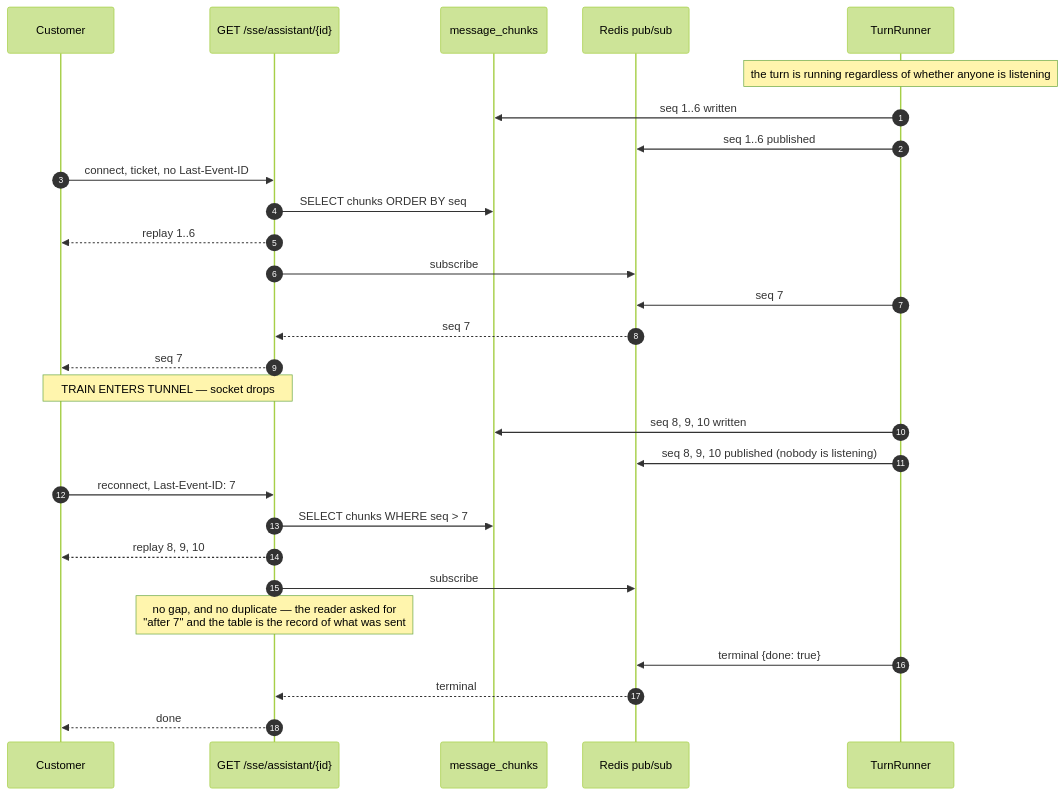
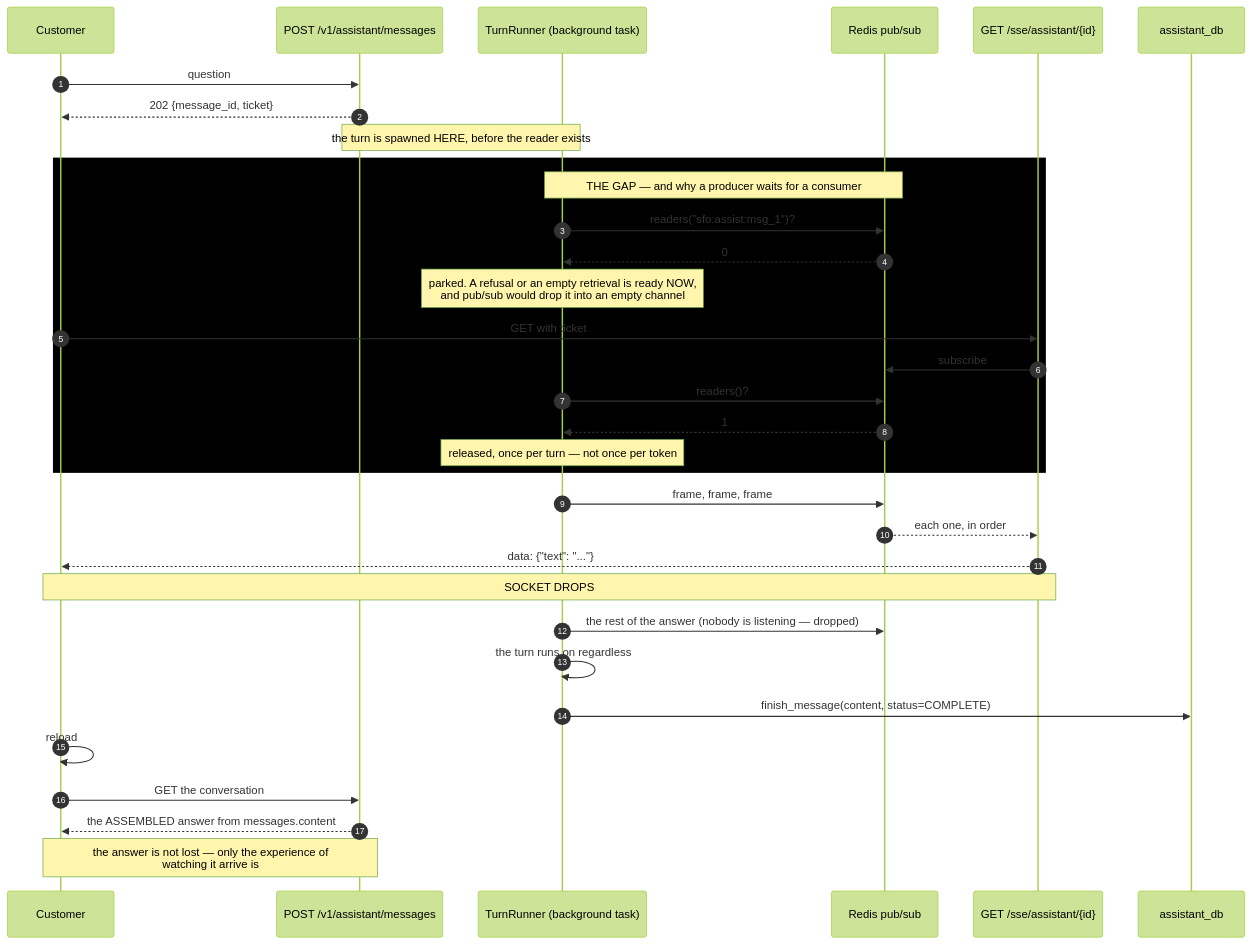
Diagram 21 of 21 in docs/flows.md (Aizazahmed-7/SmartFoodOps), drawn with Mermaid (forest theme) before and after one commit. The commit also changed other lines of this file and 26 other files, not shown here.

Commit message:
remove message_chunk table

````diff
--- a/docs/flows.md
+++ b/docs/flows.md
@@ -1190,34 +1192,40 @@
 ```mermaid
 sequenceDiagram
     autonumber
     participant C as Customer
+    participant API as POST /v1/assistant/messages
+    participant T as TurnRunner (background task)
+    participant BUS as Redis pub/sub
     participant SSE as GET /sse/assistant/{id}
-    participant DB as message_chunks
-    participant BUS as Redis pub/sub
-    participant T as TurnRunner
+    participant DB as assistant_db
 
-    Note over T: the turn is running regardless of whether anyone is listening
-    T->>DB: seq 1..6 written
-    T->>BUS: seq 1..6 published
+    C->>API: question
+    API-->>C: 202 {message_id, ticket}
+    Note over API,T: the turn is spawned HERE, before the reader exists
 
-    C->>SSE: connect, ticket, no Last-Event-ID
-    SSE->>DB: SELECT chunks ORDER BY seq
-    SSE-->>C: replay 1..6
-    SSE->>BUS: subscribe
-    T->>BUS: seq 7
-    BUS-->>SSE: seq 7
-    SSE-->>C: seq 7
+    rect rgb(0,0,0)
+        Note over T,BUS: THE GAP — and why a producer waits for a consumer
+        T->>BUS: readers("sfo:assist:msg_1")?
+        BUS-->>T: 0
+        Note over T: parked. A refusal or an empty retrieval is ready NOW,<br/>and pub/sub would drop it into an empty channel
+        C->>SSE: GET with ticket
+        SSE->>BUS: subscribe
+        T->>BUS: readers()?
+        BUS-->>T: 1
+        Note over T: released, once per turn — not once per token
+    end
 
-    Note over C,SSE: TRAIN ENTERS TUNNEL — socket drops
-    T->>DB: seq 8, 9, 10 written
-    T->>BUS: seq 8, 9, 10 published (nobody is listening)
+    T->>BUS: frame, frame, frame
+    BUS-->>SSE: each one, in order
+    SSE-->>C: data: {"text": "..."}
 
-    C->>SSE: reconnect, Last-Event-ID: 7
-    SSE->>DB: SELECT chunks WHERE seq > 7
-    SSE-->>C: replay 8, 9, 10
-    SSE->>BUS: subscribe
-    Note over SSE: no gap, and no duplicate — the reader asked for<br/>"after 7" and the table is the record of what was sent
-    T->>BUS: terminal {done: true}
-    BUS-->>SSE: terminal
-    SSE-->>C: done
+    Note over C,SSE: SOCKET DROPS
+    T->>BUS: the rest of the answer (nobody is listening — dropped)
+    T->>T: the turn runs on regardless
+    T->>DB: finish_message(content, status=COMPLETE)
+
+    C->>C: reload
+    C->>API: GET the conversation
+    API-->>C: the ASSEMBLED answer from messages.content
+    Note over C,API: the answer is not lost — only the experience of<br/>watching it arrive is
 ```
````
